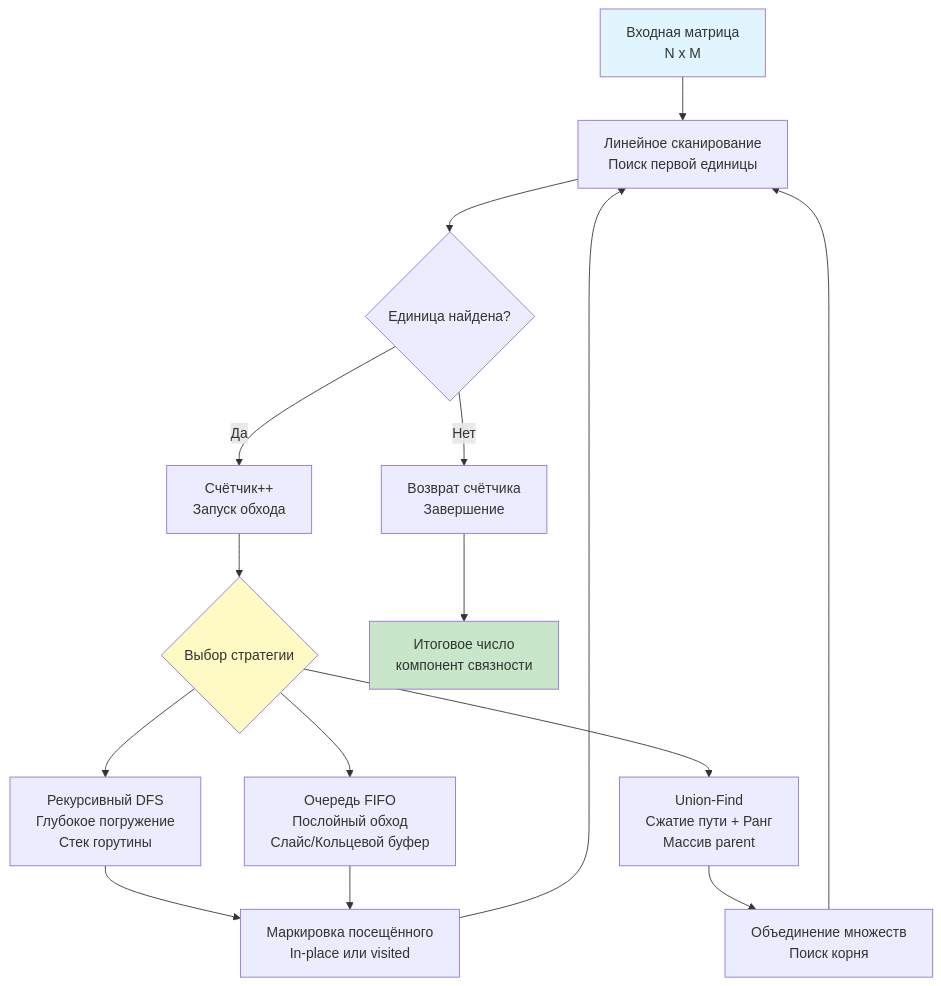
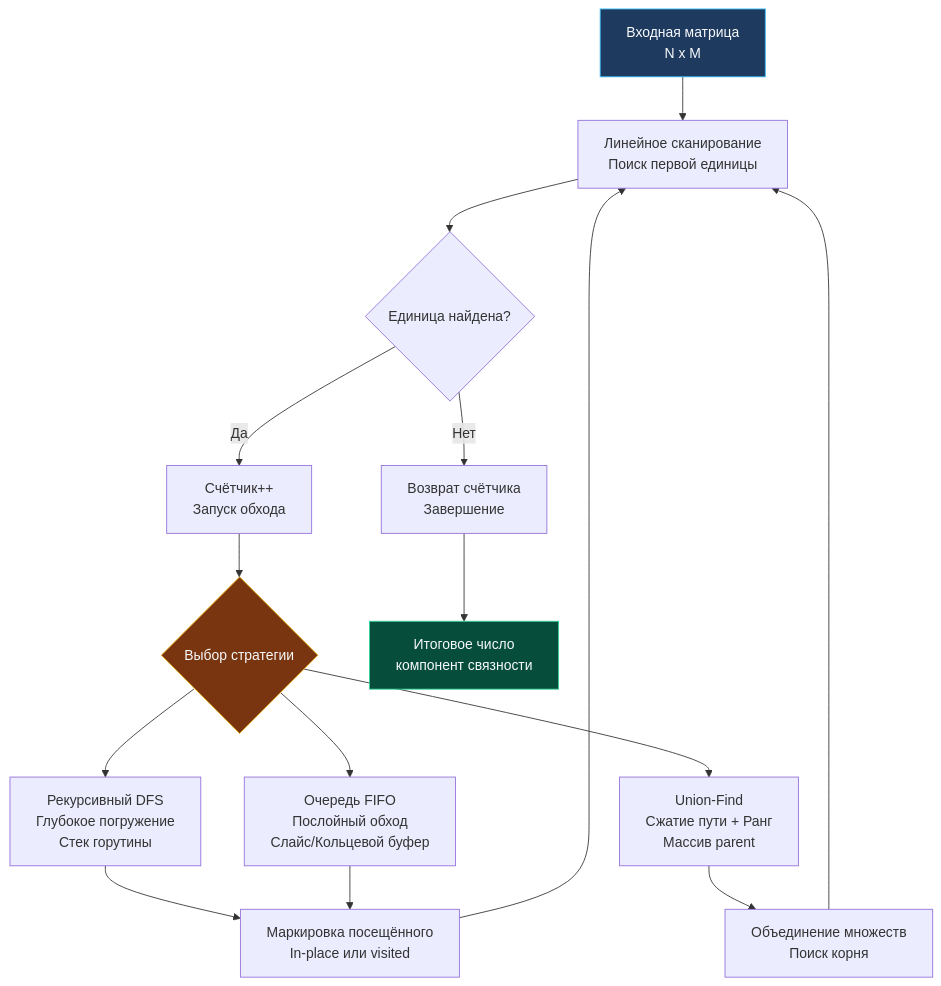
One commit to UnrealTemplier/go-textbook changed the diagram in sources/21. Задачи с LeetCode и собеседований на Go/02. Задачи/24. Матрицы и grid задачи/7. Number of Islands.md. Above: the diagram before and after it, drawn with Mermaid. The commit also changed 310 other files, not shown here.

First line of the commit message:
fix(mermaid): replace light fill colors with dark palette for readability on dark theme

````diff
--- a/sources/21. Задачи с LeetCode и собеседований на Go/02. Задачи/24. Матрицы и grid задачи/7. Number of Islands.md
+++ b/sources/21. Задачи с LeetCode и собеседований на Go/02. Задачи/24. Матрицы и grid задачи/7. Number of Islands.md
@@ -15,21 +15,21 @@
 ```mermaid
 flowchart TD
     Grid["Входная матрица<br>N x M"] --> Scan["Линейное сканирование<br>Поиск первой единицы"]
     Scan --> Match{"Единица найдена?"}
     Match -- "Нет" --> End["Возврат счётчика<br>Завершение"]
     Match -- "Да" --> Inc["Счётчик++<br>Запуск обхода"]
     Inc --> Choose{"Выбор стратегии"}
     Choose --> DFS["Рекурсивный DFS<br>Глубокое погружение<br>Стек горутины"]
     Choose --> BFS["Очередь FIFO<br>Послойный обход<br>Слайс/Кольцевой буфер"]
     Choose --> DSU["Union-Find<br>Сжатие пути + Ранг<br>Массив parent"]
     DFS --> Mark["Маркировка посещённого<br>In-place или visited"]
     BFS --> Mark
     DSU --> Union["Объединение множеств<br>Поиск корня"]
     Mark --> Scan
     Union --> Scan
     End --> Result["Итоговое число<br>компонент связности"]
 
-    style Grid fill:#e1f5fe
-    style Result fill:#c8e6c9
-    style Choose fill:#fff9c4
+    style Grid fill:#1e3a5f,stroke:#38bdf8,color:#f8fafc
+    style Result fill:#064e3b,stroke:#34d399,color:#f8fafc
+    style Choose fill:#78350f,stroke:#fbbf24,color:#f8fafc
 ```
````
